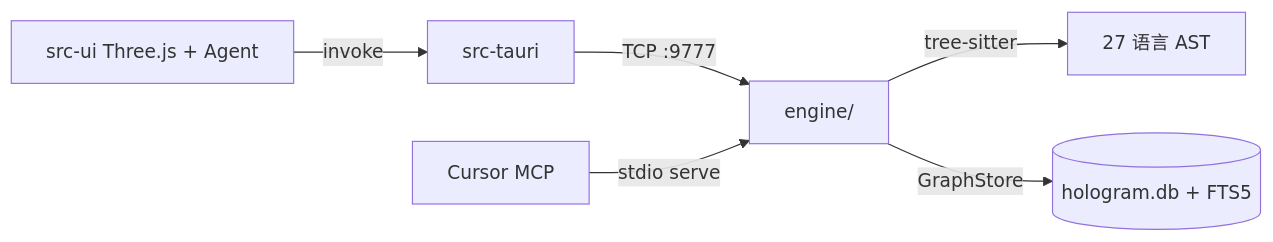
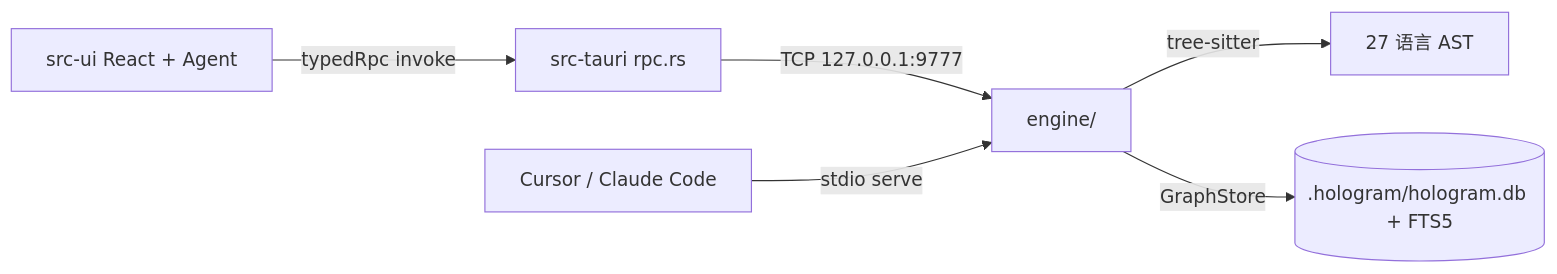
One commit to 834063245-creator/HoloGram changed the diagram in AGENTS.md. Above: the diagram before and after it, drawn with Mermaid. The commit also changed other lines of this file and 35 other files, not shown here.

````diff
--- a/AGENTS.md
+++ b/AGENTS.md
@@ -41,8 +60,8 @@
 ```mermaid
 flowchart LR
-  UI[src-ui Three.js + Agent] -->|invoke| Tauri[src-tauri]
-  Tauri -->|TCP :9777| Engine[engine/]
+  UI[src-ui React + Agent] -->|typedRpc invoke| Tauri[src-tauri rpc.rs]
+  Tauri -->|TCP 127.0.0.1:9777| Engine[engine/]
   Engine -->|tree-sitter| AST[27 语言 AST]
-  Engine -->|GraphStore| DB[(hologram.db + FTS5)]
-  MCP[Cursor MCP] -->|stdio serve| Engine
+  Engine -->|GraphStore| DB[(.hologram/hologram.db + FTS5)]
+  MCP[Cursor / Claude Code] -->|stdio serve| Engine
 ```
````
